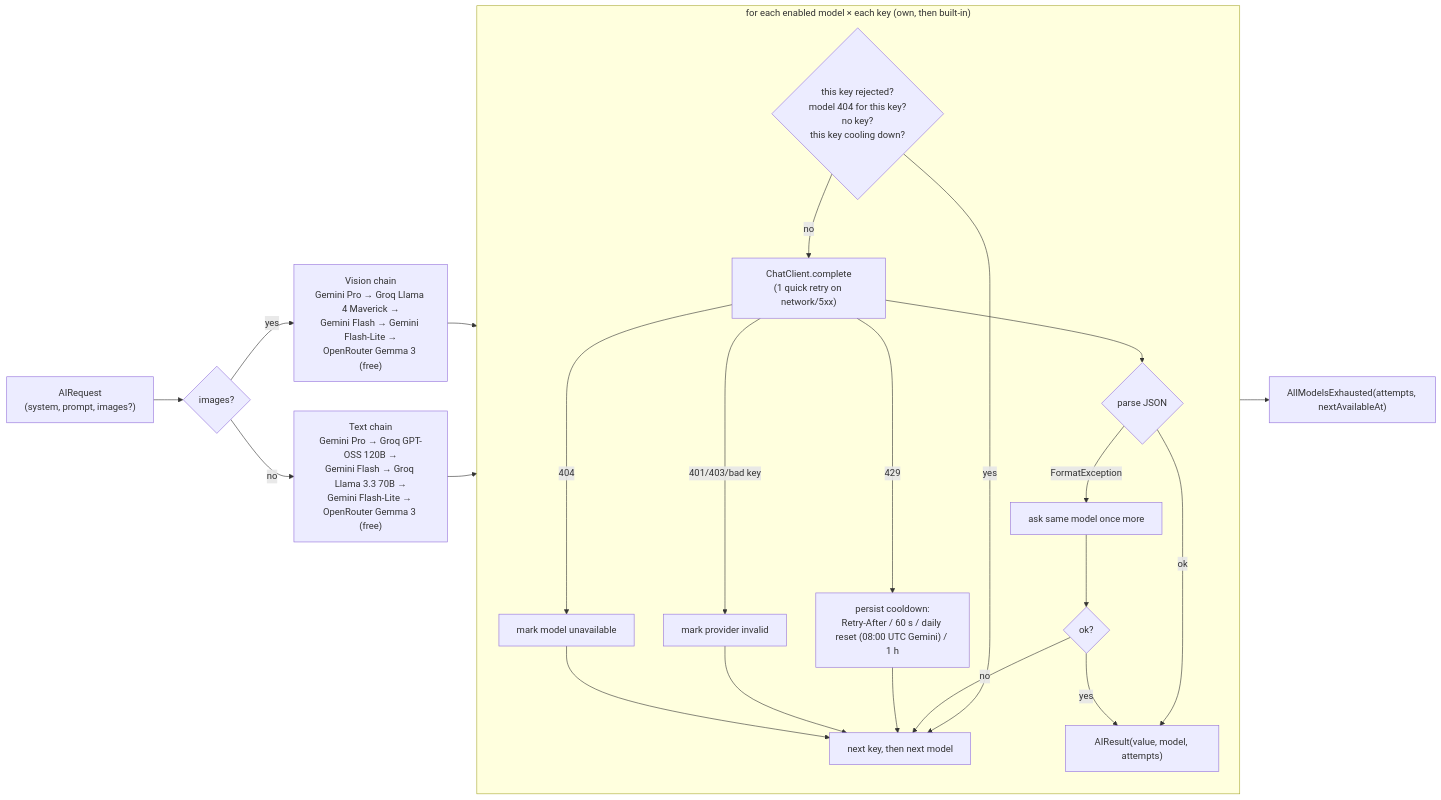
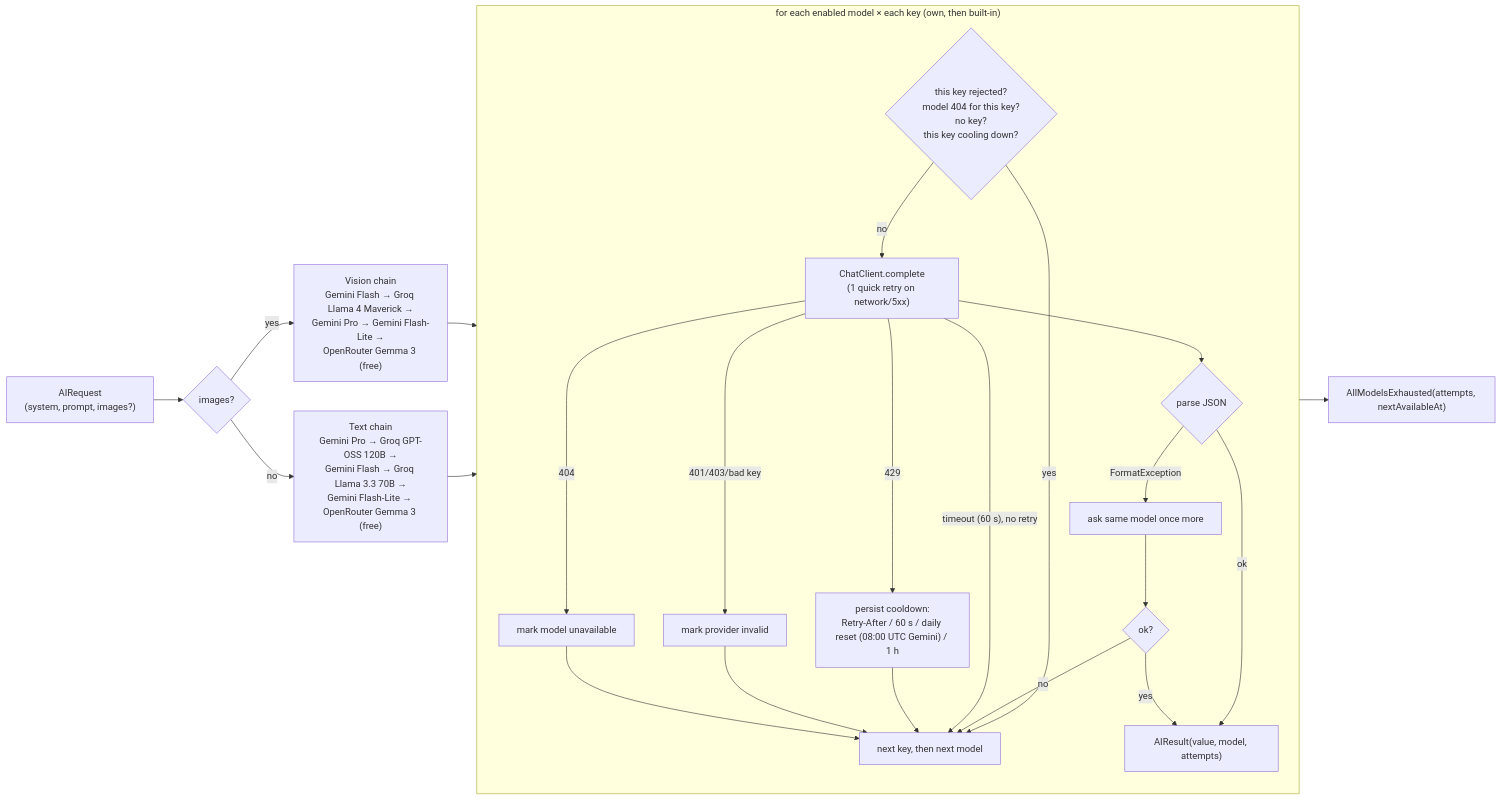
One commit to anjahubac/tavli changed the second of 2 diagrams in docs/architecture.md. Above: the diagram before and after it, drawn with Mermaid. The commit also changed 11 other files, not shown here.

First line of the commit message:
fix(003): faster recipe-from-photo; no retry after AI timeout, cancel button

````diff
--- a/docs/architecture.md
+++ b/docs/architecture.md
@@ -57,22 +57,23 @@
 ```mermaid
 flowchart LR
   REQ["AIRequest<br/>(system, prompt, images?)"] --> KIND{images?}
-  KIND -- yes --> VC["Vision chain<br/>Gemini Pro → Groq Llama 4 Maverick →<br/>Gemini Flash → Gemini Flash-Lite →<br/>OpenRouter Gemma 3 (free)"]
+  KIND -- yes --> VC["Vision chain<br/>Gemini Flash → Groq Llama 4 Maverick →<br/>Gemini Pro → Gemini Flash-Lite →<br/>OpenRouter Gemma 3 (free)"]
   KIND -- no --> TC["Text chain<br/>Gemini Pro → Groq GPT-OSS 120B →<br/>Gemini Flash → Groq Llama 3.3 70B →<br/>Gemini Flash-Lite → OpenRouter Gemma 3 (free)"]
   VC --> LOOP
   TC --> LOOP
   subgraph LOOP["for each enabled model × each key (own, then built-in)"]
     direction TB
     SKIP{"this key rejected?<br/>model 404 for this key?<br/>no key?<br/>this key cooling down?"} -- yes --> NEXT[next key, then next model]
     SKIP -- no --> CALL["ChatClient.complete<br/>(1 quick retry on network/5xx)"]
     CALL --> PARSE{"parse JSON"}
     PARSE -- ok --> DONE["AIResult(value, model, attempts)"]
     PARSE -- FormatException --> RETRY["ask same model once more"] --> PARSE2{ok?}
     PARSE2 -- no --> NEXT
     PARSE2 -- yes --> DONE
+    CALL -- "timeout (60 s), no retry" --> NEXT
     CALL -- "429" --> COOL["persist cooldown:<br/>Retry-After / 60 s / daily reset (08:00 UTC Gemini) / 1 h"] --> NEXT
     CALL -- "401/403/bad key" --> INV["mark provider invalid"] --> NEXT
     CALL -- "404" --> MISS["mark model unavailable"] --> NEXT
   end
   NEXT --> END["AllModelsExhausted(attempts, nextAvailableAt)"]
 ```
````
